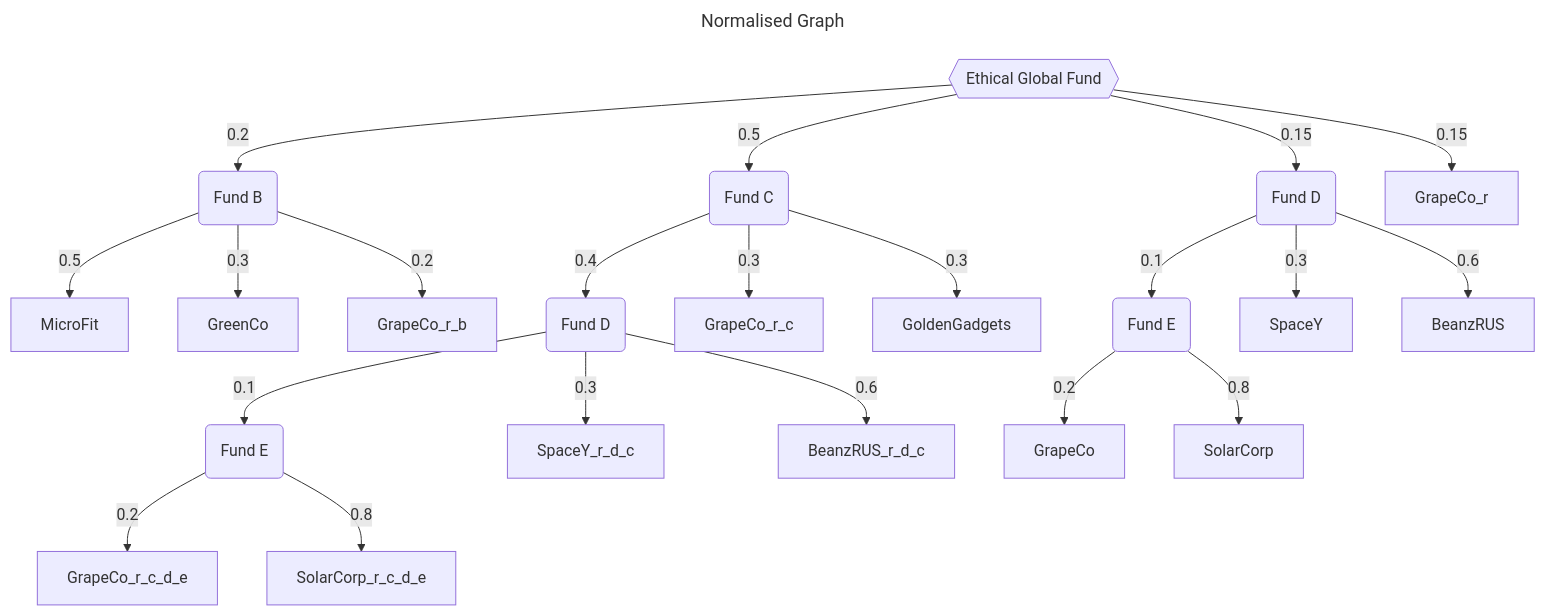
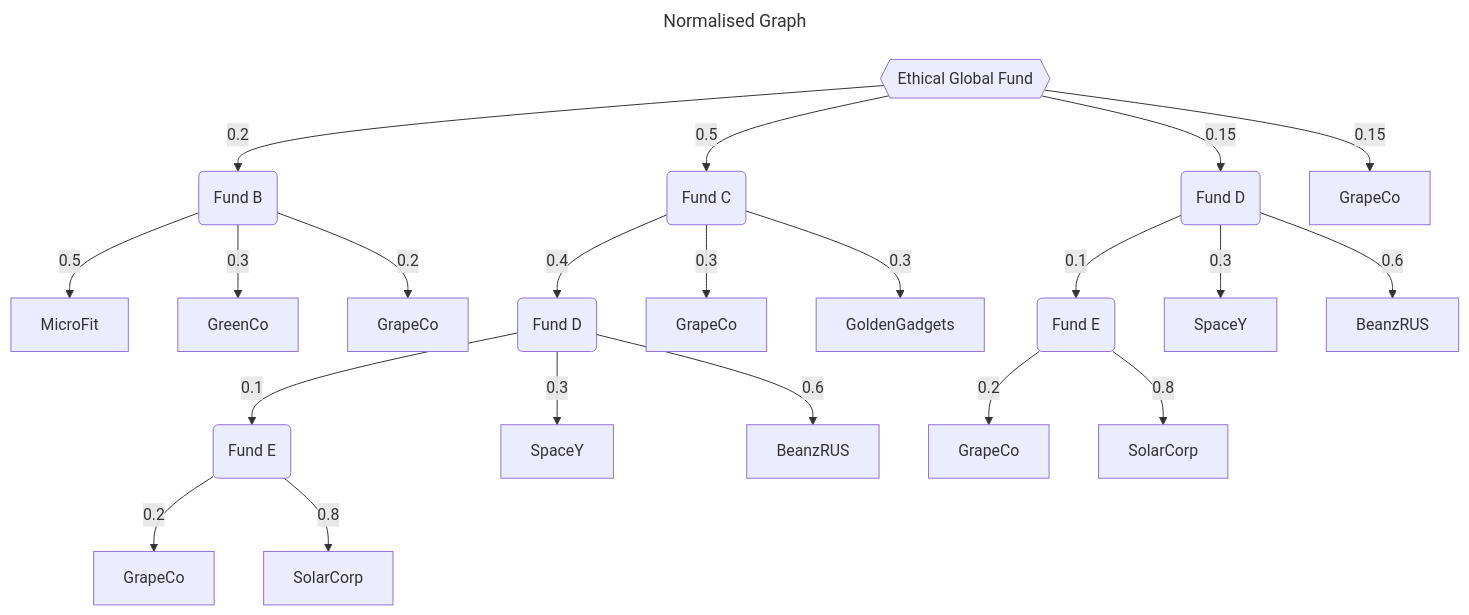
One commit to jackson15j/python_homework_tree_search changed the second of 2 diagrams in README.org. Above: the diagram before and after it, drawn with Mermaid. The commit also changed other lines of this file and 1 other file, not shown here.

Commit message:
docs: Show original company names on each node.

```diff
--- a/README.org
+++ b/README.org
@@ -125,40 +121,47 @@
 #+BEGIN_SRC mermaid :file docs/diagrams/normalised_graph.png :width "1920"
   ---
   title: Normalised Graph
   ---
   graph TD;
       r{{Ethical Global Fund}}
       b(Fund B)
       c(Fund C)
       d(Fund D)
       d_r_c(Fund D)
       e(Fund E)
       e_r_d_c(Fund E)
+      BeanzRUS_r_d_c[BeanzRUS]
+      GrapeCo_r[GrapeCo]
+      GrapeCo_r_b[GrapeCo]
+      GrapeCo_r_c[GrapeCo]
+      GrapeCo_r_c_d_e[GrapeCo]
+      SolarCorp_r_c_d_e[SolarCorp]
+      SpaceY_r_d_c[SpaceY]
 
       r-->|0.2|b;
       r-->|0.5|c;
       r-->|0.15|d;
       r-->|0.15|GrapeCo_r;
 
       b-->|0.5|MicroFit;
       b-->|0.3|GreenCo;
       b-->|0.2|GrapeCo_r_b;
 
       c-->|0.4|d_r_c;
       c-->|0.3|GrapeCo_r_c;
       c-->|0.3|GoldenGadgets;
 
       d-->|0.1|e;
       d-->|0.3|SpaceY;
       d-->|0.6|BeanzRUS;
 
       d_r_c-->|0.1|e_r_d_c;
       d_r_c-->|0.3|SpaceY_r_d_c;
       d_r_c-->|0.6|BeanzRUS_r_d_c;
 
       e-->|0.2|GrapeCo;
       e-->|0.8|SolarCorp;
 
       e_r_d_c-->|0.2|GrapeCo_r_c_d_e;
       e_r_d_c-->|0.8|SolarCorp_r_c_d_e;
 #+END_SRC
```
